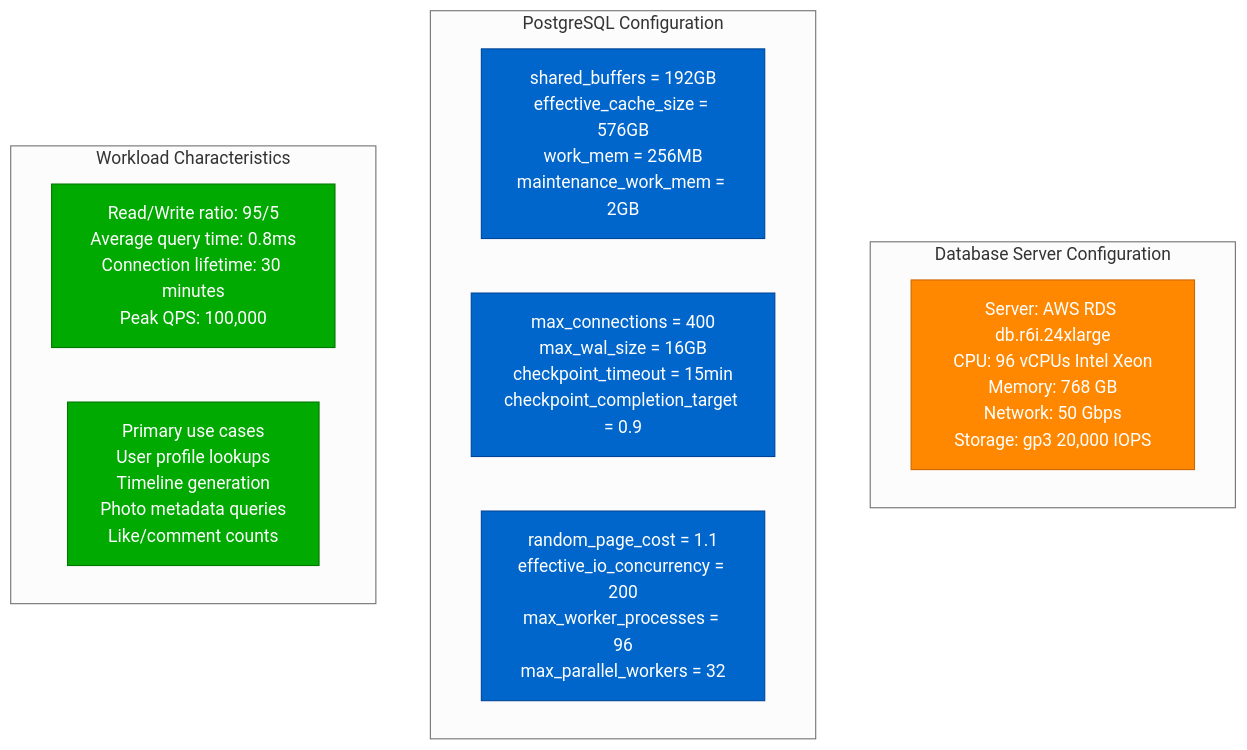
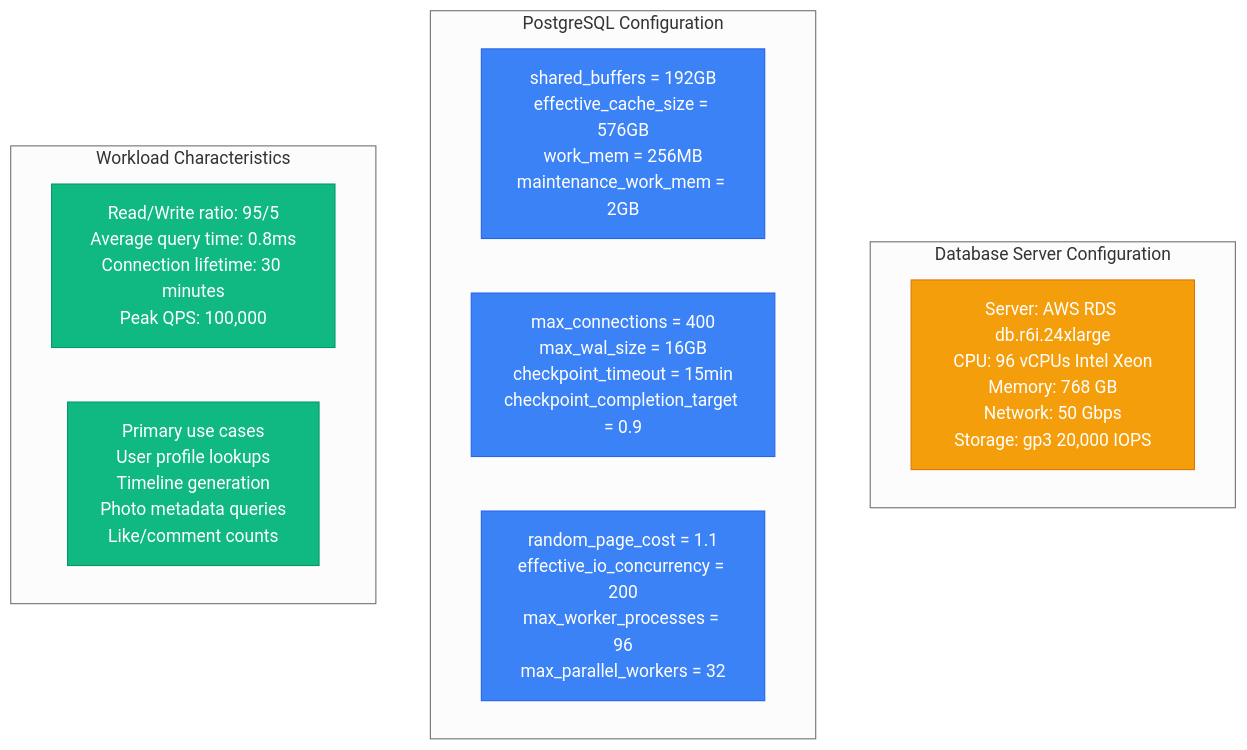
The ninth of 10 diagrams in site/docs/performance/postgresql-performance-profile.md (deepaucksharma/DS), drawn with Mermaid (neutral theme) before and after one commit. The commit also changed other lines of this file and 303 other files, not shown here.

````diff
--- a/site/docs/performance/postgresql-performance-profile.md
+++ b/site/docs/performance/postgresql-performance-profile.md
@@ -300,28 +300,28 @@
 ```mermaid
 graph TB
     subgraph "Database Server Configuration"
         HW1[Server: AWS RDS db.r6i.24xlarge<br/>CPU: 96 vCPUs Intel Xeon<br/>Memory: 768 GB<br/>Network: 50 Gbps<br/>Storage: gp3 20,000 IOPS]
     end
 
     subgraph "PostgreSQL Configuration"
         PG1[shared_buffers = 192GB<br/>effective_cache_size = 576GB<br/>work_mem = 256MB<br/>maintenance_work_mem = 2GB]
 
         PG2[max_connections = 400<br/>max_wal_size = 16GB<br/>checkpoint_timeout = 15min<br/>checkpoint_completion_target = 0.9]
 
         PG3[random_page_cost = 1.1<br/>effective_io_concurrency = 200<br/>max_worker_processes = 96<br/>max_parallel_workers = 32]
     end
 
     subgraph "Workload Characteristics"
         W1[Read/Write ratio: 95/5<br/>Average query time: 0.8ms<br/>Connection lifetime: 30 minutes<br/>Peak QPS: 100,000]
 
         W2[Primary use cases<br/>User profile lookups<br/>Timeline generation<br/>Photo metadata queries<br/>Like/comment counts]
     end
 
-    classDef hwStyle fill:#FF8800,stroke:#CC6600,color:#fff
-    classDef configStyle fill:#0066CC,stroke:#004499,color:#fff
-    classDef workloadStyle fill:#00AA00,stroke:#007700,color:#fff
+    classDef hwStyle fill:#F59E0B,stroke:#D97706,color:#fff
+    classDef configStyle fill:#3B82F6,stroke:#2563EB,color:#fff
+    classDef workloadStyle fill:#10B981,stroke:#059669,color:#fff
 
     class HW1 hwStyle
     class PG1,PG2,PG3 configStyle
     class W1,W2 workloadStyle
 ```
````
